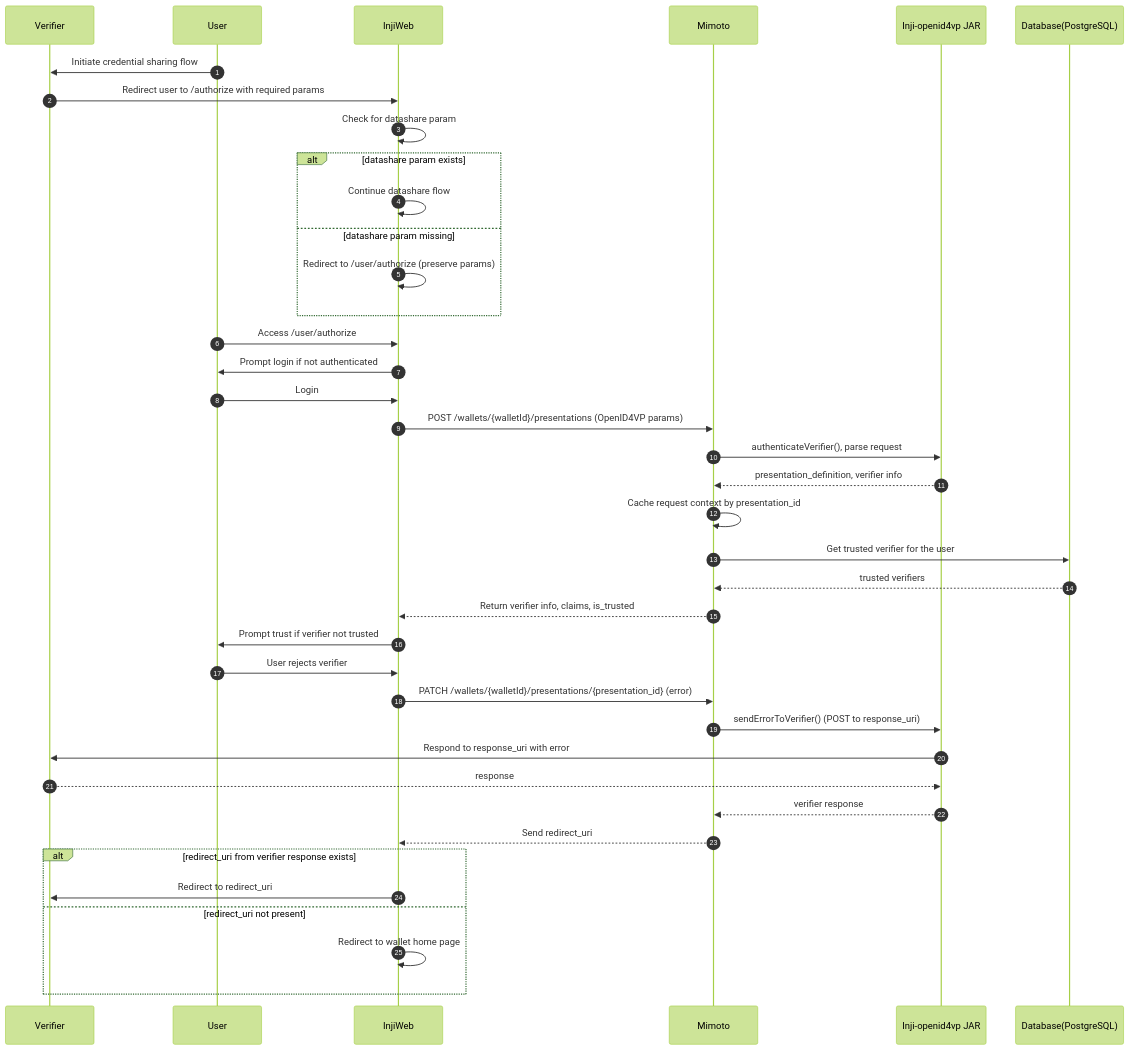
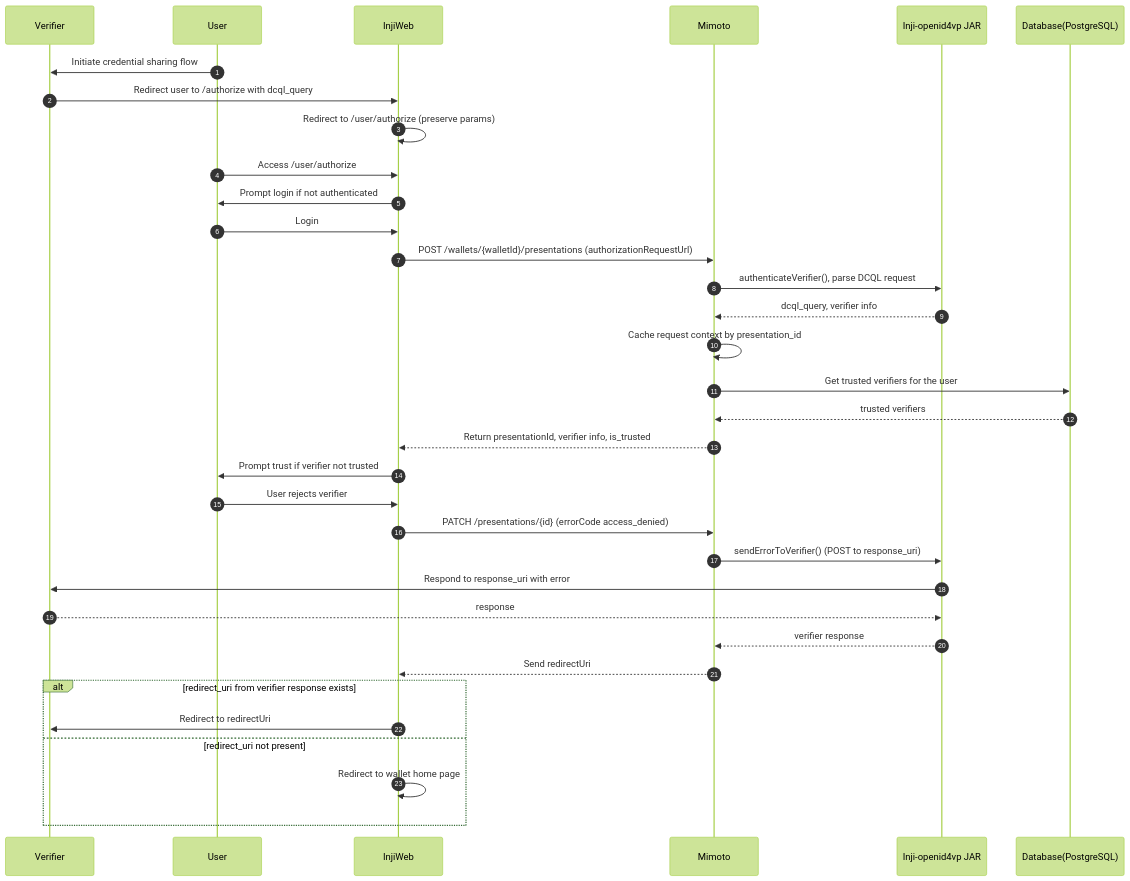
Before and after one commit to MadhuMosip/inji-web: the third of 3 diagrams in docs/OpenID4VPIntegrationGuide.md, drawn with Mermaid (forest theme). The commit also changed other lines of this file and 33 other files, not shown here.

Commit message:
fix(ovp): improve DCQL presentation UX, SD-JWT handling, and integration docs

````diff
--- a/docs/OpenID4VPIntegrationGuide.md
+++ b/docs/OpenID4VPIntegrationGuide.md
@@ -382,46 +450,40 @@
 ```mermaid
 sequenceDiagram
     autonumber
     participant Verifier
     participant User
     participant InjiWeb
     participant Mimoto
     participant Inji-openid4vp JAR
     participant Database(PostgreSQL)
 
     User->>Verifier: Initiate credential sharing flow
-    Verifier->>InjiWeb: Redirect user to /authorize with required params
-    InjiWeb->>InjiWeb: Check for datashare param
-    alt datashare param exists
-        InjiWeb->>InjiWeb: Continue datashare flow
-    else datashare param missing
-        InjiWeb->>InjiWeb: Redirect to /user/authorize (preserve params)
-    end
+    Verifier->>InjiWeb: Redirect user to /authorize with dcql_query
+    InjiWeb->>InjiWeb: Redirect to /user/authorize (preserve params)
 
     User->>InjiWeb: Access /user/authorize
     InjiWeb->>User: Prompt login if not authenticated
     User->>InjiWeb: Login
 
-    InjiWeb->>Mimoto: POST /wallets/{walletId}/presentations (OpenID4VP params)
-    Mimoto->>Inji-openid4vp JAR: authenticateVerifier(), parse request
-    Inji-openid4vp JAR-->> Mimoto: presentation_definition, verifier info
-    Mimoto->> Mimoto: Cache request context by presentation_id
-    Mimoto->> Database(PostgreSQL): Get trusted verifier for the user
-    Database(PostgreSQL) -->> Mimoto: trusted verifiers
-    Mimoto-->>InjiWeb: Return verifier info, claims, is_trusted
+    InjiWeb->>Mimoto: POST /wallets/{walletId}/presentations (authorizationRequestUrl)
+    Mimoto->>Inji-openid4vp JAR: authenticateVerifier(), parse DCQL request
+    Inji-openid4vp JAR-->>Mimoto: dcql_query, verifier info
+    Mimoto->>Mimoto: Cache request context by presentation_id
+    Mimoto->>Database(PostgreSQL): Get trusted verifiers for the user
+    Database(PostgreSQL)-->>Mimoto: trusted verifiers
+    Mimoto-->>InjiWeb: Return presentationId, verifier info, is_trusted
 
     InjiWeb->>User: Prompt trust if verifier not trusted
     User->>InjiWeb: User rejects verifier
-    InjiWeb->>Mimoto: PATCH /wallets/{walletId}/presentations/{presentation_id} (error)
+    InjiWeb->>Mimoto: PATCH /presentations/{id} (errorCode access_denied)
     Mimoto->>Inji-openid4vp JAR: sendErrorToVerifier() (POST to response_uri)
     Inji-openid4vp JAR->>Verifier: Respond to response_uri with error
     Verifier-->>Inji-openid4vp JAR: response
     Inji-openid4vp JAR-->>Mimoto: verifier response
-    Mimoto-->>InjiWeb: Send redirect_uri
+    Mimoto-->>InjiWeb: Send redirectUri
     alt redirect_uri from verifier response exists
-        InjiWeb->>Verifier: Redirect to redirect_uri
+        InjiWeb->>Verifier: Redirect to redirectUri
     else redirect_uri not present
         InjiWeb->>InjiWeb: Redirect to wallet home page
     end
-
 ```
````
